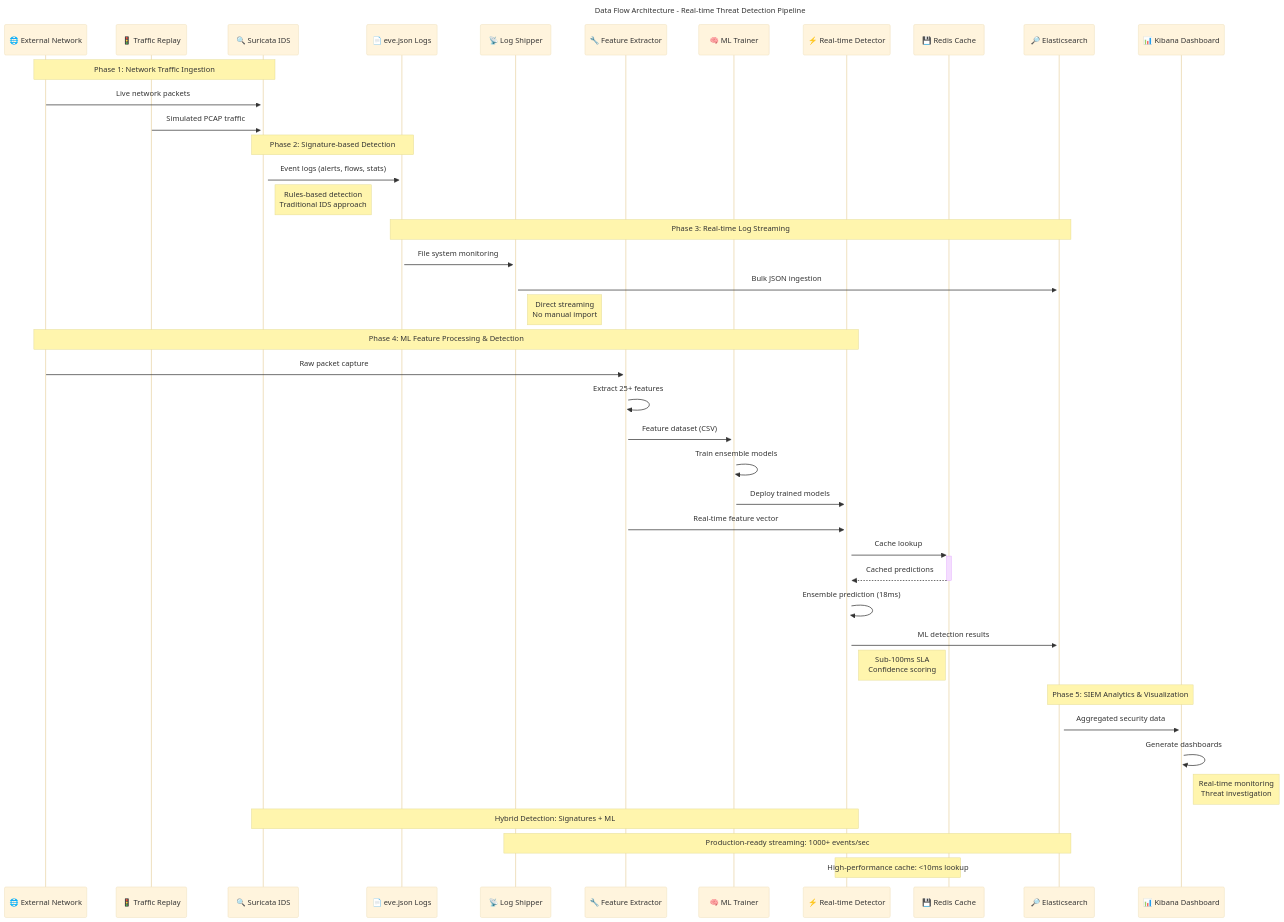
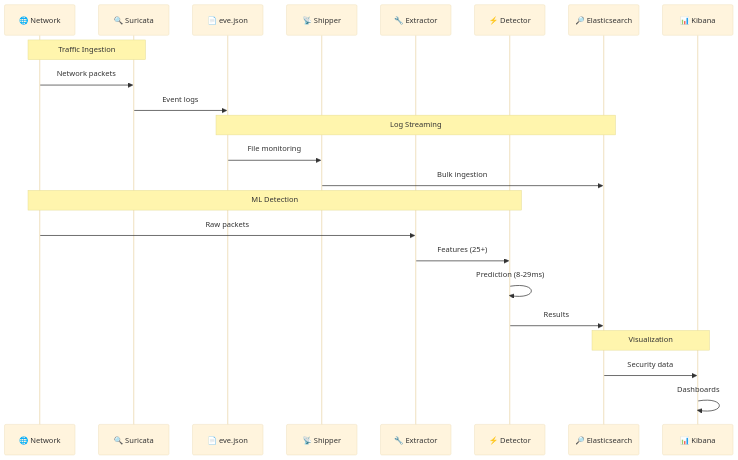
The fourth of 5 diagrams in README.md (holdennguyen/suricata-ml-ids), drawn with Mermaid (base theme) before and after one commit. The commit also changed other lines of this file and 6 other files, not shown here.

````diff
--- a/README.md
+++ b/README.md
@@ -338,60 +231,29 @@
 ```mermaid
----
-title: Data Flow Architecture - Real-time Threat Detection Pipeline
----
 sequenceDiagram
-    participant EXT as 🌐 External Network
-    participant TR as 🚦 Traffic Replay
-    participant S as 🔍 Suricata IDS
-    participant EVE as 📄 eve.json Logs
-    participant LS as 📡 Log Shipper
-    participant FE as 🔧 Feature Extractor
-    participant MLT as 🧠 ML Trainer
-    participant RD as ⚡ Real-time Detector
-    participant Redis as 💾 Redis Cache
+    participant NET as 🌐 Network
+    participant S as 🔍 Suricata
+    participant EVE as 📄 eve.json
+    participant LS as 📡 Shipper
+    participant FE as 🔧 Extractor
+    participant RD as ⚡ Detector
     participant ES as 🔎 Elasticsearch
-    participant KB as 📊 Kibana Dashboard
+    participant KB as 📊 Kibana
     
-    %% Network Traffic Ingestion
-    Note over EXT,S: Phase 1: Network Traffic Ingestion
-    EXT->>+S: Live network packets
-    TR->>+S: Simulated PCAP traffic
+    Note over NET,S: Traffic Ingestion
+    NET->>S: Network packets
+    S->>EVE: Event logs
     
-    %% Signature-based Detection
-    Note over S,EVE: Phase 2: Signature-based Detection
-    S->>+EVE: Event logs (alerts, flows, stats)
-    Note right of S: Rules-based detection<br/>Traditional IDS approach
+    Note over EVE,ES: Log Streaming
+    EVE->>LS: File monitoring
+    LS->>ES: Bulk ingestion
     
-    %% Real-time Log Streaming
-    Note over EVE,ES: Phase 3: Real-time Log Streaming
-    EVE->>+LS: File system monitoring
-    LS->>+ES: Bulk JSON ingestion
-    Note right of LS: Direct streaming<br/>No manual import
+    Note over NET,RD: ML Detection
+    NET->>FE: Raw packets
+    FE->>RD: Features (25+)
+    RD->>RD: Prediction (8-29ms)
+    RD->>ES: Results
     
-    %% ML Feature Processing
-    Note over EXT,RD: Phase 4: ML Feature Processing & Detection
-    EXT->>+FE: Raw packet capture
-    FE->>FE: Extract 25+ features
-    FE->>+MLT: Feature dataset (CSV)
-    MLT->>MLT: Train ensemble models
-    MLT->>+RD: Deploy trained models
-    
-    %% Real-time ML Detection
-    FE->>+RD: Real-time feature vector
-    RD->>+Redis: Cache lookup
-    Redis-->>-RD: Cached predictions
-    RD->>RD: Ensemble prediction (18ms)
-    RD->>+ES: ML detection results
-    Note right of RD: Sub-100ms SLA<br/>Confidence scoring
-    
-    %% SIEM Visualization
-    Note over ES,KB: Phase 5: SIEM Analytics & Visualization
-    ES->>+KB: Aggregated security data
-    KB->>KB: Generate dashboards
-    Note right of KB: Real-time monitoring<br/>Threat investigation
-    
-    %% Performance Indicators
-    Note over S,RD: Hybrid Detection: Signatures + ML
-    Note over LS,ES: Production-ready streaming: 1000+ events/sec
-    Note over RD,Redis: High-performance cache: <10ms lookup
+    Note over ES,KB: Visualization
+    ES->>KB: Security data
+    KB->>KB: Dashboards
 ```
````
